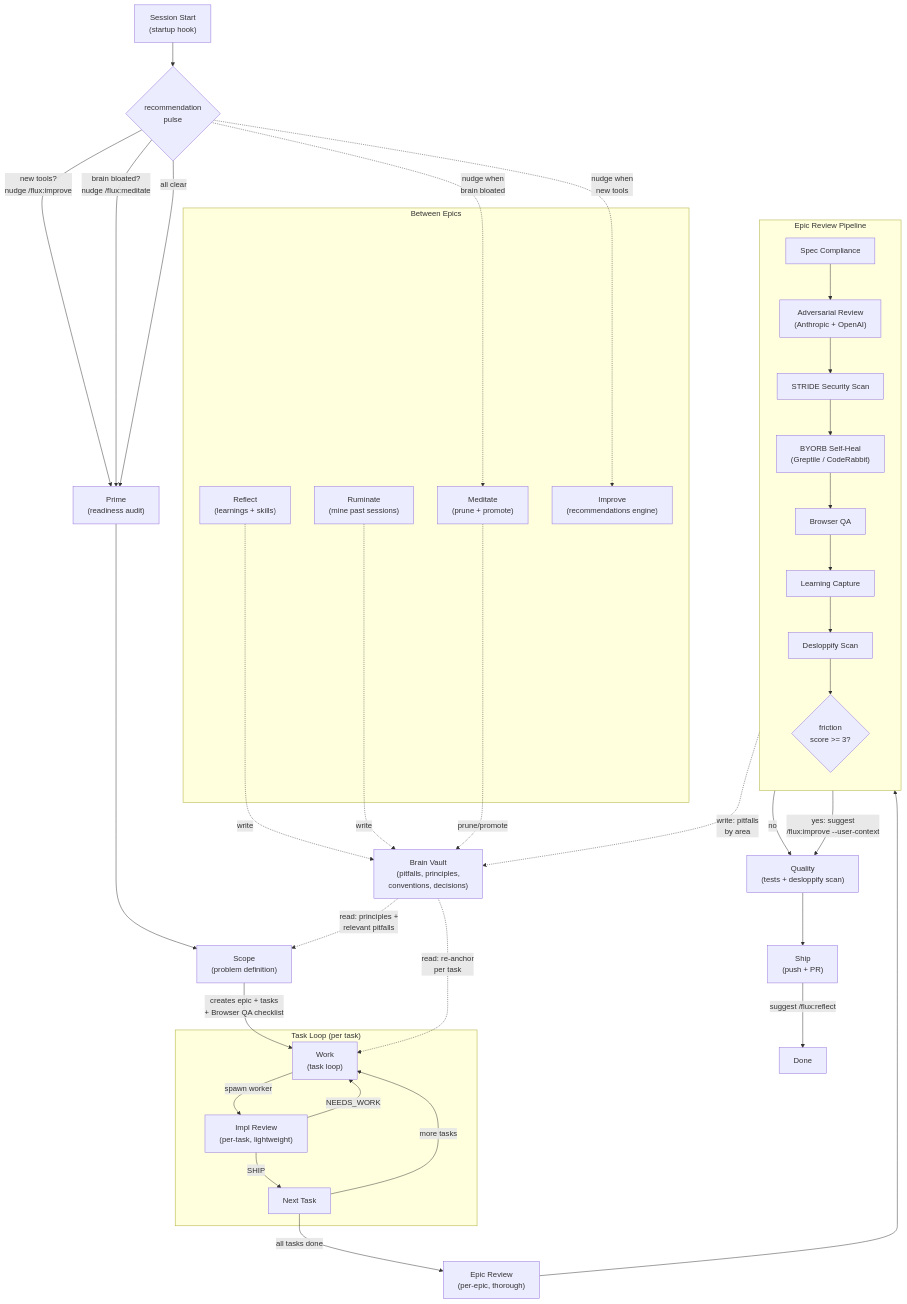
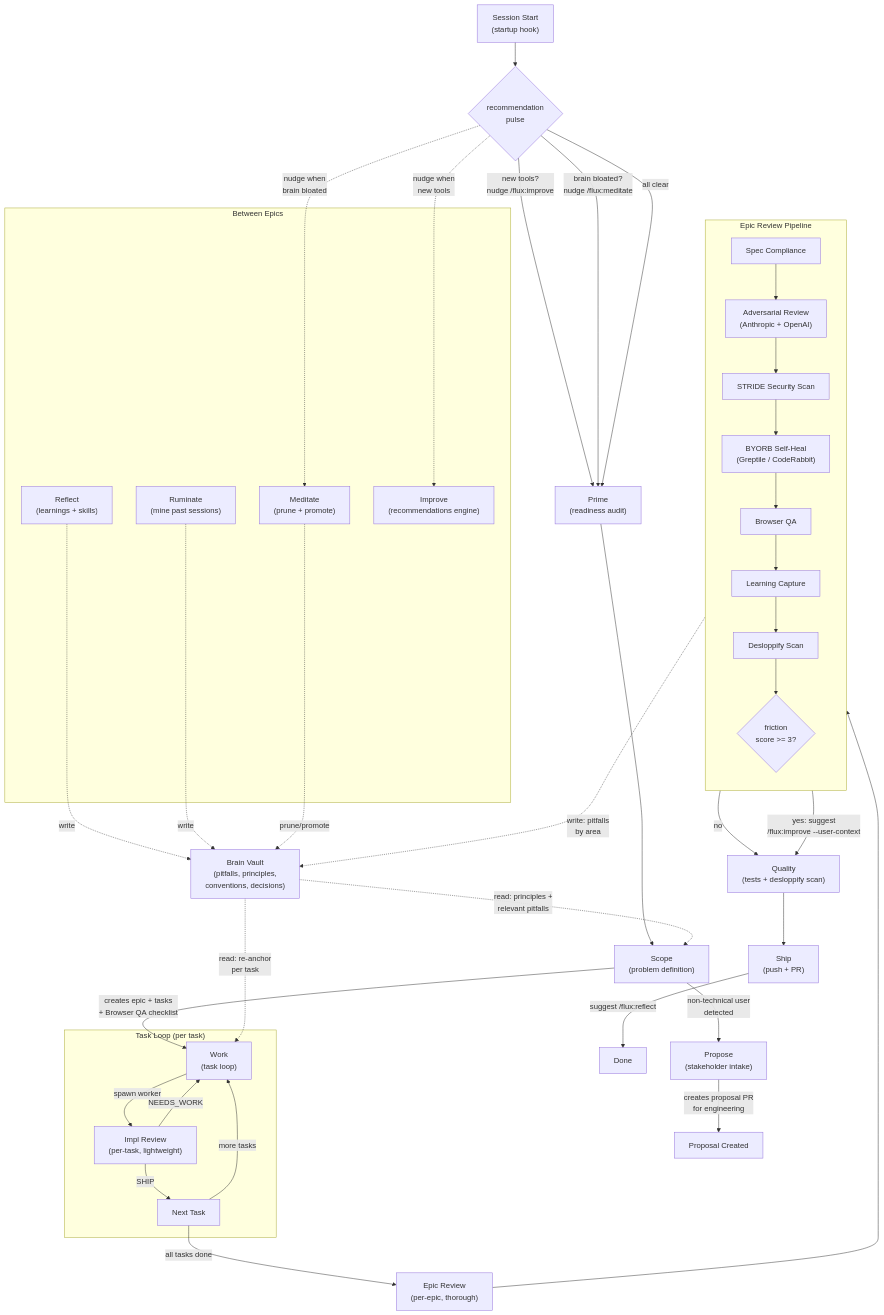
The diagram in README.md (Nairon-AI/flux), drawn with Mermaid before and after one commit. The commit also changed other lines of this file and 4 other files, not shown here.

First line of the commit message:
feat: add /flux:propose for stakeholder feature proposals (#29)

````diff
--- a/README.md
+++ b/README.md
@@ -194,73 +194,76 @@
 ```mermaid
 flowchart TD
     SessionStart["Session Start<br/>(startup hook)"]
     Pulse{"recommendation<br/>pulse"}
     Prime["Prime<br/>(readiness audit)"]
+    Propose["Propose<br/>(stakeholder intake)"]
     Scope["Scope<br/>(problem definition)"]
     Work["Work<br/>(task loop)"]
     ImplReview["Impl Review<br/>(per-task, lightweight)"]
     EpicReview["Epic Review<br/>(per-epic, thorough)"]
     Quality["Quality<br/>(tests + desloppify scan)"]
     Ship["Ship<br/>(push + PR)"]
 
     SessionStart --> Pulse
     Pulse -->|"new tools?<br/>nudge /flux:improve"| Prime
     Pulse -->|"brain bloated?<br/>nudge /flux:meditate"| Prime
     Pulse -->|"all clear"| Prime
     Prime --> Scope
+    Scope -->|"non-technical user<br/>detected"| Propose
+    Propose -->|"creates proposal PR<br/>for engineering"| ProposeDone["Proposal Created"]
     Scope -->|"creates epic + tasks<br/>+ Browser QA checklist"| Work
 
     subgraph task_loop ["Task Loop (per task)"]
         Work -->|"spawn worker"| ImplReview
         ImplReview -->|"NEEDS_WORK"| Work
         ImplReview -->|"SHIP"| NextTask["Next Task"]
         NextTask -->|"more tasks"| Work
     end
 
     NextTask -->|"all tasks done"| EpicReview
 
     subgraph review_pipeline ["Epic Review Pipeline"]
         direction TB
         SpecCompliance["Spec Compliance"]
         Adversarial["Adversarial Review<br/>(Anthropic + OpenAI)"]
         SecurityScan["STRIDE Security Scan"]
         BotSelfHeal["BYORB Self-Heal<br/>(Greptile / CodeRabbit)"]
         BrowserQA["Browser QA"]
         LearningCapture["Learning Capture"]
         DesloppifyScan["Desloppify Scan"]
         FrustrationSignal{"friction<br/>score >= 3?"}
 
         SpecCompliance --> Adversarial
         Adversarial --> SecurityScan
         SecurityScan --> BotSelfHeal
         BotSelfHeal --> BrowserQA
         BrowserQA --> LearningCapture
         LearningCapture --> DesloppifyScan
         DesloppifyScan --> FrustrationSignal
     end
 
     EpicReview --> SpecCompliance
     FrustrationSignal -->|"no"| Quality
     FrustrationSignal -->|"yes: suggest<br/>/flux:improve --user-context"| Quality
     Quality --> Ship
     Ship -->|"suggest /flux:reflect"| Done["Done"]
 
     Brain["Brain Vault<br/>(pitfalls, principles,<br/>conventions, decisions)"]
 
     Brain -.->|"read: principles +<br/>relevant pitfalls"| Scope
     Brain -.->|"read: re-anchor<br/>per task"| Work
     LearningCapture -.->|"write: pitfalls<br/>by area"| Brain
 
     subgraph maintenance ["Between Epics"]
         Reflect["Reflect<br/>(learnings + skills)"]
         Ruminate["Ruminate<br/>(mine past sessions)"]
         Meditate["Meditate<br/>(prune + promote)"]
         Improve["Improve<br/>(recommendations engine)"]
     end
 
     Reflect -.->|"write"| Brain
     Ruminate -.->|"write"| Brain
     Meditate -.->|"prune/promote"| Brain
     Pulse -.->|"nudge when<br/>brain bloated"| Meditate
     Pulse -.->|"nudge when<br/>new tools"| Improve
 ```
````
